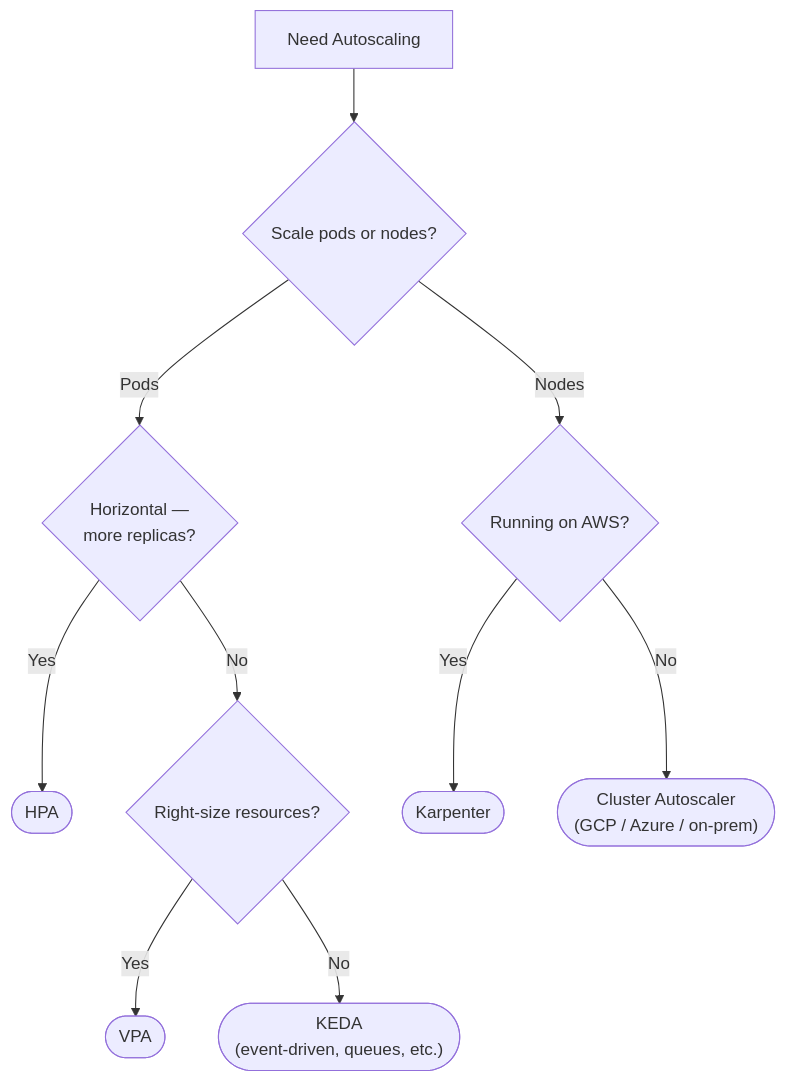
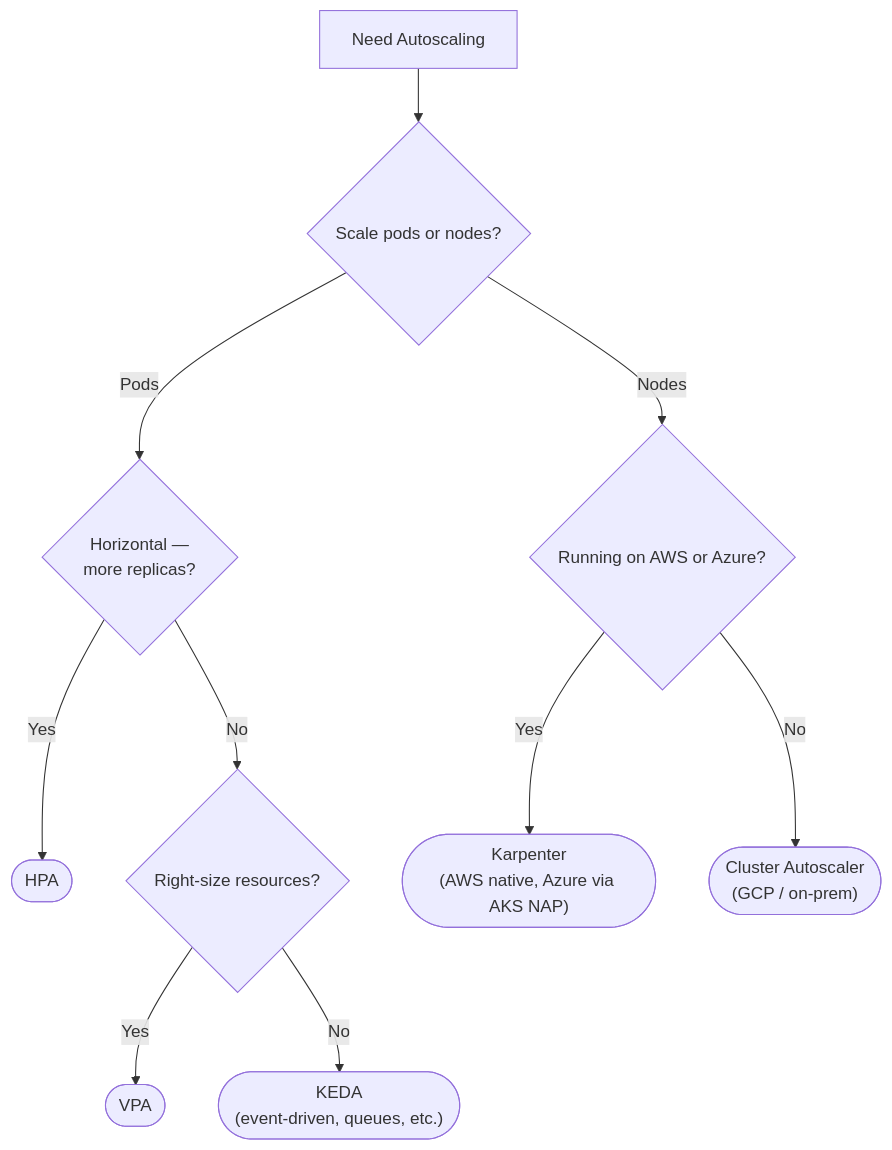
Before and after one commit to rajatarya/kubernetes-first-principles: the fourth of 10 diagrams in docs/A3-decision-trees.md, drawn with Mermaid. The commit also changed other lines of this file and 14 other files, not shown here.

````diff
--- a/docs/A3-decision-trees.md
+++ b/docs/A3-decision-trees.md
@@ -70,12 +70,12 @@
 ```mermaid
 flowchart TD
     A[Need Autoscaling] --> B{Scale pods or nodes?}
     B -->|Pods| C{Horizontal —<br>more replicas?}
-    B -->|Nodes| D{Running on AWS?}
+    B -->|Nodes| D{Running on AWS or Azure?}
     C -->|Yes| E([HPA])
     C -->|No| F{Right-size resources?}
     F -->|Yes| G([VPA])
     F -->|No| H(["KEDA<br>(event-driven, queues, etc.)"])
-    D -->|Yes| I([Karpenter])
-    D -->|No| J(["Cluster Autoscaler<br>(GCP / Azure / on-prem)"])
+    D -->|Yes| I(["Karpenter<br>(AWS native, Azure via AKS NAP)"])
+    D -->|No| J(["Cluster Autoscaler<br>(GCP / on-prem)"])
 ```
````
